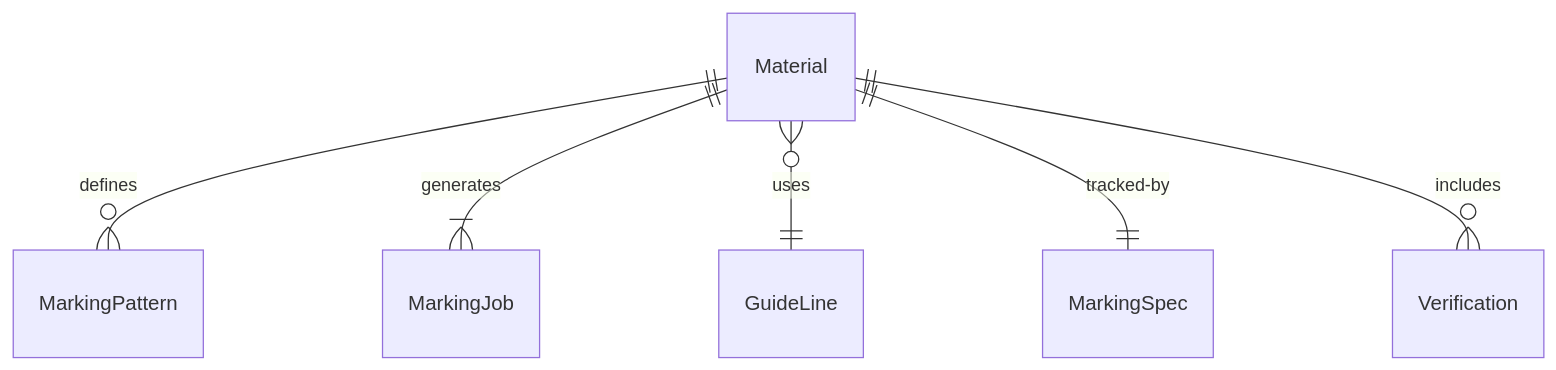
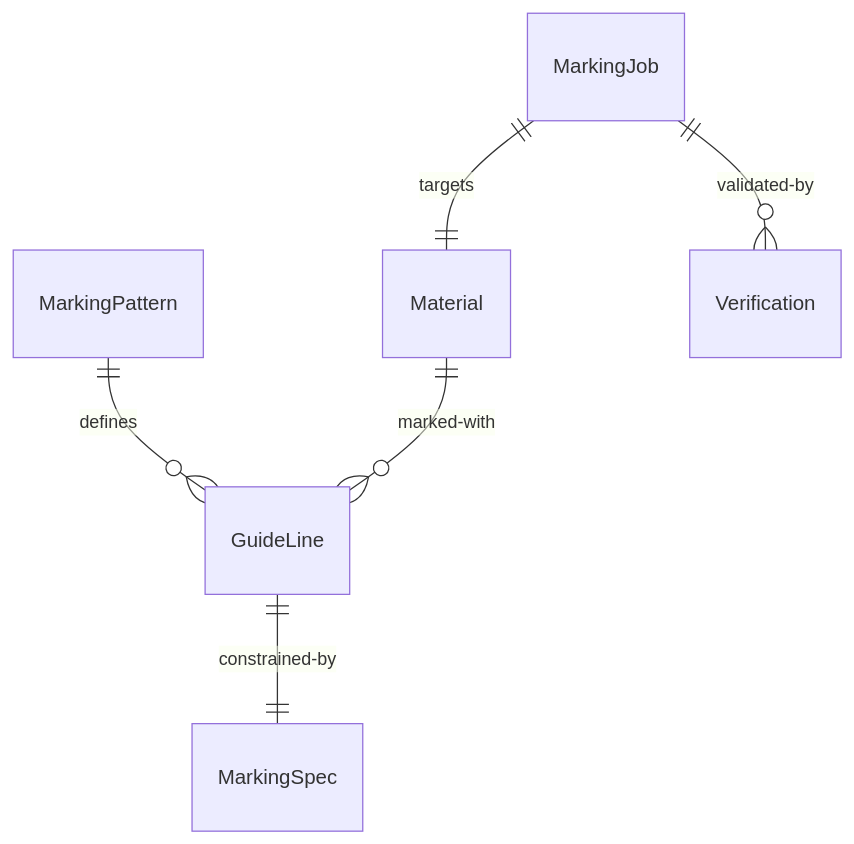
The first of 4 diagrams in HandlingAndMovingObjects/PositionMaterialsOrComponentsForAssembly/DrawGuideLinesMarkingsMaterials.mdx (dot-org-ai/tasks.org.ai), drawn with Mermaid before and after one commit. The commit also changed other lines of this file and 515 other files, not shown here.

````diff
--- a/HandlingAndMovingObjects/PositionMaterialsOrComponentsForAssembly/DrawGuideLinesMarkingsMaterials.mdx
+++ b/HandlingAndMovingObjects/PositionMaterialsOrComponentsForAssembly/DrawGuideLinesMarkingsMaterials.mdx
@@ -88,8 +88,8 @@
 ```mermaid
 erDiagram
-    Material ||--o{ MarkingPattern : "defines"
-    Material ||--|{ MarkingJob : "generates"
-    Material }o--|| GuideLine : "uses"
-    Material ||--|| MarkingSpec : "tracked-by"
-    Material ||--o{ Verification : "includes"
+    MarkingJob ||--|| Material : "targets"
+    MarkingPattern ||--o{ GuideLine : "defines"
+    Material ||--o{ GuideLine : "marked-with"
+    GuideLine ||--|| MarkingSpec : "constrained-by"
+    MarkingJob ||--o{ Verification : "validated-by"
 ```
````
